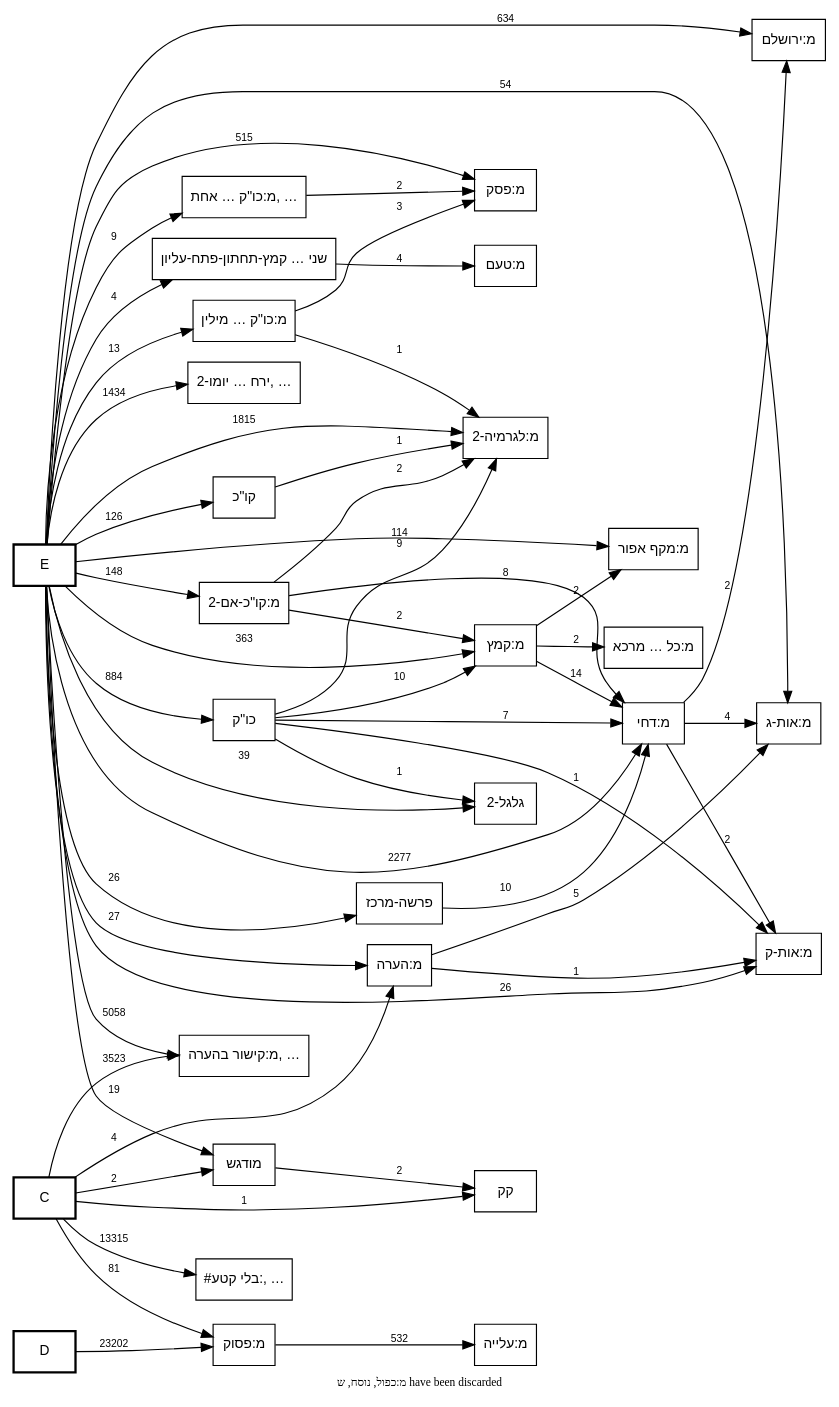
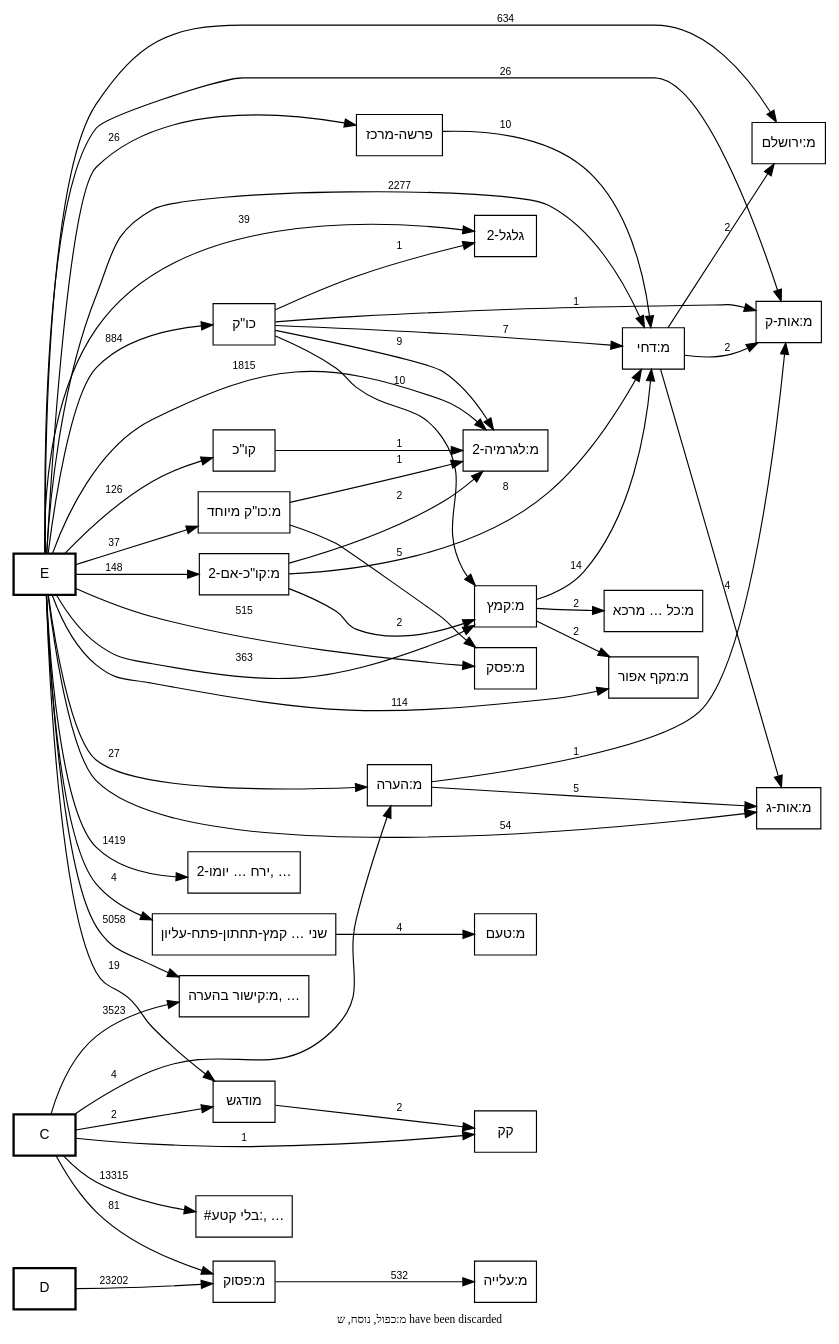
Before and after one commit to bdenckla/MAM-basics: the diagram in out/MAM-tmpl-survey/plain-call-graph.dot, drawn with Graphviz. The commit also changed 3 other files, not shown here.

Commit message:
regen graphviz .dot files

```diff
--- a/out/MAM-tmpl-survey/plain-call-graph.dot
+++ b/out/MAM-tmpl-survey/plain-call-graph.dot
@@ -1,164 +1,153 @@
 digraph template_call_graph {
     rankdir=LR;
     node [fontname="SBL Hebrew,Helvetica", fontsize=12];
     edge [fontname="Helvetica", fontsize=9];
 
     // Column nodes
     node [shape=box, style=bold];
     "C";
     "D";
     "E";
 
     // Template nodes
     node [shape=box, style=""];
     "#בלי קטע:, …" [tooltip="#בלי קטע:
 #בלי קטע:דברי הימים א טז/טעמים
 #בלי קטע:דברים לב/טעמים
 #בלי קטע:יהושע יב/טעמים
 #בלי קטע:מלכי כנען/צורת השיר
 #בלי קטע:עשרת בני המן/צורת השיר
 #בלי קטע:שופטים ה/טעמים
 #בלי קטע:שירת אסף/צורת השיר
 #בלי קטע:שירת דבורה/צורת השיר
 #בלי קטע:שירת דוד/צורת השיר
 #בלי קטע:שירת האזינו/צורת השיר
 #בלי קטע:שירת הים/צורת השיר
 #בלי קטע:שירת העתים/צורת השיר
 #בלי קטע:שמואל ב כב/טעמים
 #בלי קטע:שמות טו/טעמים
 #קטע:אסתר ט/טעמים
 #קטע:דברי הימים א טז/טעמים
 #קטע:דברים לב/טעמים
 #קטע:יהושע יב/טעמים
 #קטע:מלכי כנען/צורות נוספות
 #קטע:מלכי כנען/צורת השיר
 #קטע:עשרת בני המן/צורות נוספות
 #קטע:עשרת בני המן/צורת השיר
 #קטע:עשרת הדברות בסיס/טעמים
 #קטע:עשרת הדברות/טעמים
 #קטע:קהלת ג/טעמים
 #קטע:שירת אסף/צורות נוספות
 #קטע:שירת אסף/צורת השיר
 #קטע:שירת דבורה/צורות נוספות
 #קטע:שירת דבורה/צורת השיר
 #קטע:שירת דוד/צורות נוספות
 #קטע:שירת דוד/צורת השיר
 #קטע:שירת האזינו/צורות נוספות
 #קטע:שירת האזינו/צורת השיר
 #קטע:שירת הים/צורות נוספות
 #קטע:שירת הים/צורת השיר
 #קטע:שירת העתים/צורות נוספות
 #קטע:שירת העתים/צורת השיר
 #קטע:שמות טו/טעמים
 בסיס-משתמש
 טעמי המקרא באינטרנט
 מ:אין פרשה בתחילת פרק
 מ:אין פרשה בתחילת פרק בספרי אמ\"ת
 מ:אין רווח של פרשה בתחילת פרשת השבוע
 מ:טעמי המקרא
 מ:טעמי המקרא-סוף
 מ:יישור-בשני-הצדדים
 מ:יישור-בשני-הצדדים-סוף
 מ:סיום בטוב
 מ:ספר חדש
 מ:רווח בתרי עשר
 מ:רווח בתרי עשר בפסוק הראשון
 מ:רווח לספר בתהלים
 מ:רווח לספר בתהלים בפסוק הראשון
 מ:שוליים
 מ:שוליים-סוף
 ניווט טעמים
 עוגן בשורה
 צורות כתיבה בספרי אמ\"ת
 ר4"];
     "ירח … יומו-2, …" [tooltip="ירח בן יומו-2
 כתיב ולא קרי
 מ:אות מנוקדת
 מ:אות תלויה
 מ:גרש ותלישא גדולה
 מ:גרשיים ותלישא גדולה
 מ:טעם ומתג באות אחת
 מ:ירושלמה
-מ:כו\"ק בין שני מקפים
-מ:כו\"ק כתיב מילה חדה וקרי תרתין מילין בין שני מקפים
-מ:כו\"ק כתיב תרתין מילין וקרי מילה חדה
-מ:כו\"ק קרי שונה מהכתיב בשתי מילים
-מ:כו\"ק של שלוש מילים בהערה אחת
 מ:נו\"ן הפוכה
 מ:צינור
-מ:קו\"כ קרי שונה מהכתיב בשתי מילים
 מ:קישור פנימי בהערה
 קרי ולא כתיב
 ר0
 ר2
 ר3
 רווח בסוף שורה"];
-    "מ:כו\"ק כתיב מילה חדה וקרי תרתין מילין" [label="מ:כו\"ק … מילין", tooltip="מ:כו\"ק כתיב מילה חדה וקרי תרתין מילין"];
-    "מ:כו\"ק … אחת, …" [tooltip="מ:כו\"ק של שתי מילים בהערה אחת
-מ:קו\"כ כתיב מילה חדה וקרי תרתין מילין"];
     "מ:כל קמץ קטן מרכא" [label="מ:כל … מרכא", tooltip="מ:כל קמץ קטן מרכא"];
     "מ:קישור בהערה, …" [tooltip="מ:קישור בהערה
 מ:ששש
 סס
 ססס
 פפ
 פפפ
 ר1"];
     "שני טעמים באות אחת קמץ-תחתון-פתח-עליון" [label="שני … קמץ-תחתון-פתח-עליון", tooltip="שני טעמים באות אחת קמץ-תחתון-פתח-עליון"];
 
     // Note
     graph [label="מ:כפול, נוסח, ש have been discarded", labelloc=b, fontsize=10];
 
     // Edges
     "C" -> "#בלי קטע:, …" [label="13315"];
     "C" -> "מ:הערה" [label="4"];
     "C" -> "מ:פסוק" [label="81"];
     "C" -> "מ:קישור בהערה, …" [label="3523"];
     "C" -> "מודגש" [label="2"];
     "C" -> "קק" [label="1"];
     "D" -> "מ:פסוק" [label="23202"];
     "E" -> "גלגל-2" [label="39"];
-    "E" -> "ירח … יומו-2, …" [label="1434"];
+    "E" -> "ירח … יומו-2, …" [label="1419"];
     "E" -> "כו\"ק" [label="884"];
     "E" -> "מ:אות-ג" [label="54"];
     "E" -> "מ:אות-ק" [label="26"];
     "E" -> "מ:דחי" [label="2277"];
     "E" -> "מ:הערה" [label="27"];
     "E" -> "מ:ירושלם" [label="634"];
-    "E" -> "מ:כו\"ק כתיב מילה חדה וקרי תרתין מילין" [label="13"];
-    "E" -> "מ:כו\"ק … אחת, …" [label="9"];
+    "E" -> "מ:כו\"ק מיוחד" [label="37"];
     "E" -> "מ:לגרמיה-2" [label="1815"];
     "E" -> "מ:מקף אפור" [label="114"];
     "E" -> "מ:פסק" [label="515"];
     "E" -> "מ:קו\"כ-אם-2" [label="148"];
     "E" -> "מ:קישור בהערה, …" [label="5058"];
     "E" -> "מ:קמץ" [label="363"];
     "E" -> "מודגש" [label="19"];
     "E" -> "פרשה-מרכז" [label="26"];
     "E" -> "קו\"כ" [label="126"];
     "E" -> "שני טעמים באות אחת קמץ-תחתון-פתח-עליון" [label="4"];
     "כו\"ק" -> "גלגל-2" [label="1"];
     "כו\"ק" -> "מ:אות-ק" [label="1"];
     "כו\"ק" -> "מ:דחי" [label="7"];
     "כו\"ק" -> "מ:לגרמיה-2" [label="9"];
     "כו\"ק" -> "מ:קמץ" [label="10"];
     "מ:דחי" -> "מ:אות-ג" [label="4"];
     "מ:דחי" -> "מ:אות-ק" [label="2"];
     "מ:דחי" -> "מ:ירושלם" [label="2"];
     "מ:הערה" -> "מ:אות-ג" [label="5"];
     "מ:הערה" -> "מ:אות-ק" [label="1"];
-    "מ:כו\"ק כתיב מילה חדה וקרי תרתין מילין" -> "מ:לגרמיה-2" [label="1"];
-    "מ:כו\"ק כתיב מילה חדה וקרי תרתין מילין" -> "מ:פסק" [label="3"];
-    "מ:כו\"ק … אחת, …" -> "מ:פסק" [label="2"];
+    "מ:כו\"ק מיוחד" -> "מ:לגרמיה-2" [label="1"];
+    "מ:כו\"ק מיוחד" -> "מ:פסק" [label="5"];
     "מ:פסוק" -> "מ:עלייה" [label="532"];
     "מ:קו\"כ-אם-2" -> "מ:דחי" [label="8"];
     "מ:קו\"כ-אם-2" -> "מ:לגרמיה-2" [label="2"];
     "מ:קו\"כ-אם-2" -> "מ:קמץ" [label="2"];
     "מ:קמץ" -> "מ:דחי" [label="14"];
     "מ:קמץ" -> "מ:כל קמץ קטן מרכא" [label="2"];
     "מ:קמץ" -> "מ:מקף אפור" [label="2"];
     "מודגש" -> "קק" [label="2"];
     "פרשה-מרכז" -> "מ:דחי" [label="10"];
     "קו\"כ" -> "מ:לגרמיה-2" [label="1"];
     "שני טעמים באות אחת קמץ-תחתון-פתח-עליון" -> "מ:טעם" [label="4"];
 }
```
